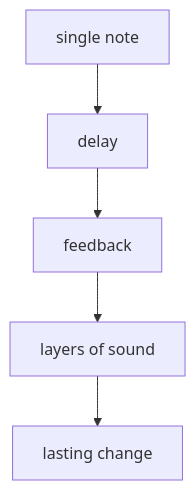
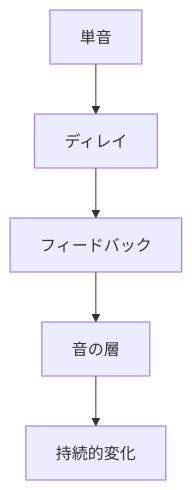
Before and after one commit to monumental-movement/monumental-movement.github.io: the diagram in en/_posts/2026-04-03-column-seiichi-yamamoto.md, drawn with Mermaid. The commit also changed other lines of this file and 2196 other files, not shown here.

```diff
--- a/en/_posts/2026-04-03-column-seiichi-yamamoto.md
+++ b/en/_posts/2026-04-03-column-seiichi-yamamoto.md
@@ -165,7 +164,7 @@
 <div class="mermaid">
 flowchart TD
-A[single note] --> B[delay]
-B --> C[feedback]
-C --> D[layers of sound]
-D --> E[lasting change]
+A[単音] --> B[ディレイ]
+B --> C[フィードバック]
+C --> D[音の層]
+D --> E[持続的変化]
 </div>
```
